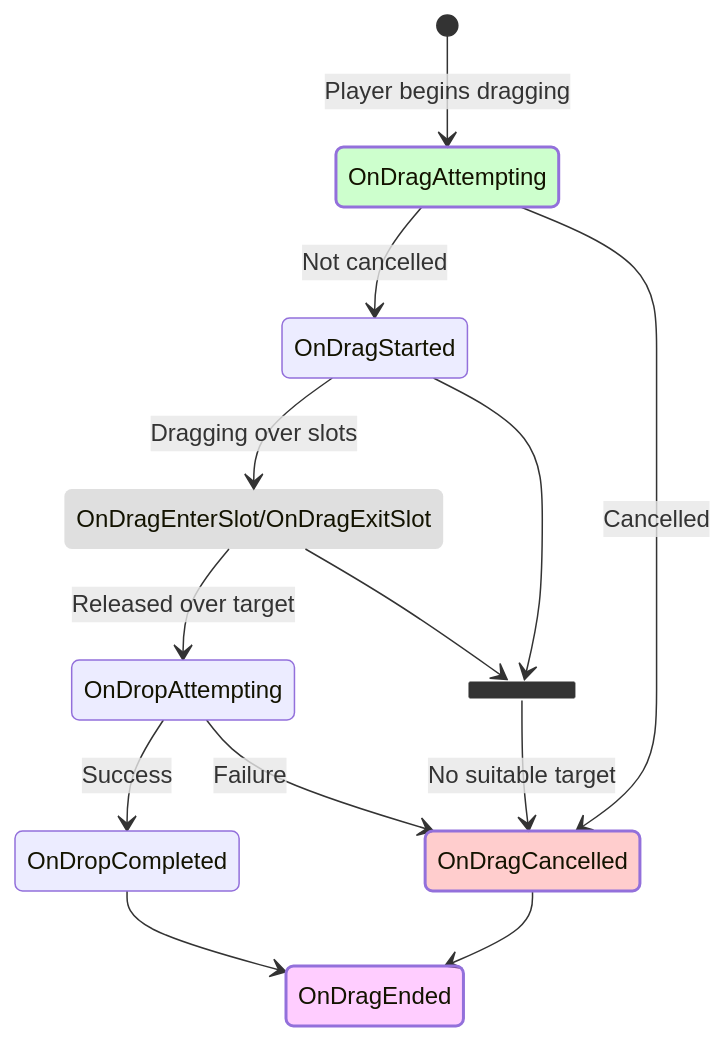
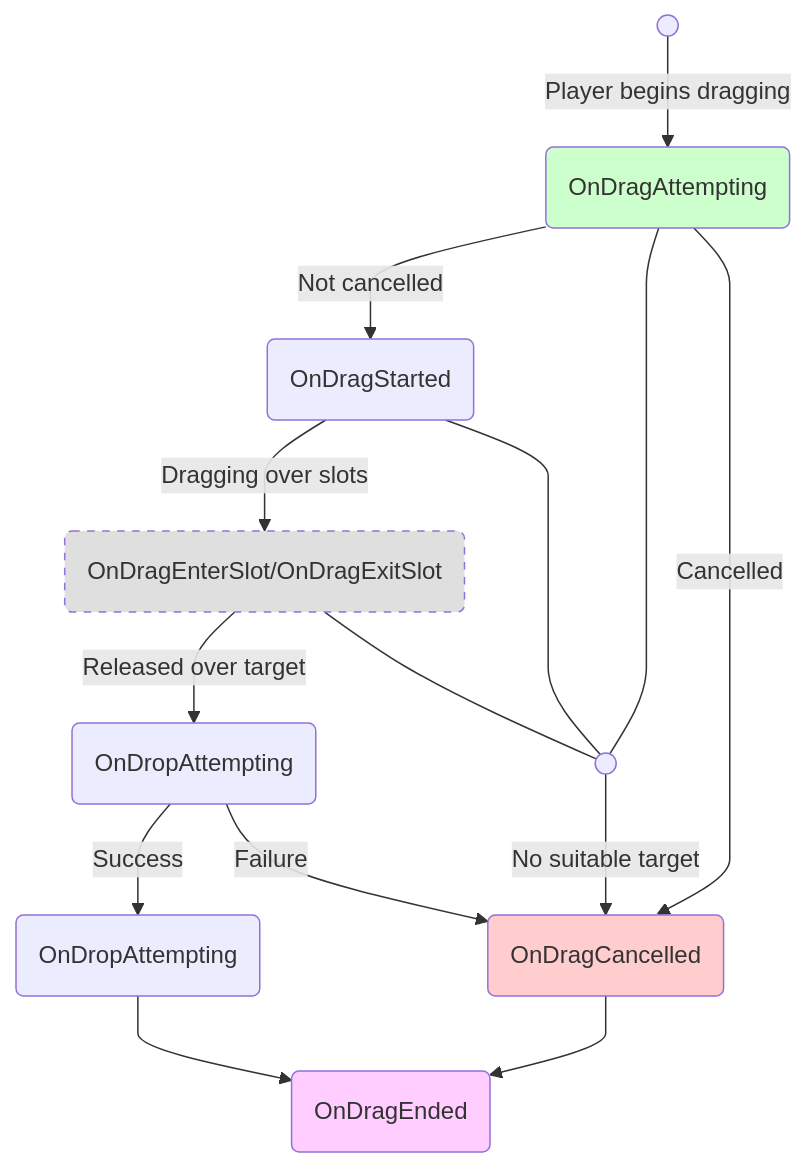
Before and after one commit to SergeevSergey99/DragAndDropSystem-Docs: the first of 2 diagrams in .docs/content/reference/events.en.md, drawn with Mermaid. The commit also changed 1 other file, not shown here.

Commit message:
Еще фикс графа

````diff
--- a/.docs/content/reference/events.en.md
+++ b/.docs/content/reference/events.en.md
@@ -9,31 +9,35 @@
 ```mermaid
-stateDiagram-v2
-    classDef dragEnded fill:#f4f4,stroke-width:2px
-    classDef dragCancelled fill:#f444,stroke-width:2px
-    classDef dragStarted fill:#4F44,stroke-width:2px
-    classDef dragOver fill:#8884,stroke-width:0px
-    
-    DragOver: OnDragEnterSlot/OnDragExitSlot
+---
+config:
+  flowchart:
+    curve: monotoneY 
+---
+flowchart TD
+    StartPoint@{ shape: sm-circ, label: "Start" }
+    NoTargetPoint@{ shape: sm-circ, label: "Start" }
+    OnDragAttempting@{ shape: rounded, label: "OnDragAttempting" }
+    style OnDragAttempting fill:#4F44
+    OnDragStarted@{ shape: rounded, label: "OnDragStarted" }
+    OnDragCancelled@{ shape: rounded, label: "OnDragCancelled" }
+    style OnDragCancelled fill:#f444
+    DragOver@{ shape: rounded, label: "OnDragEnterSlot/OnDragExitSlot" }
+    style DragOver fill:#8884, stroke-dasharray: 5 5
+    OnDropAttempting@{ shape: rounded, label: "OnDropAttempting" }
+    OnDropCompleted@{ shape: rounded, label: "OnDropAttempting" }
+    OnDragEnded@{ shape: rounded, label: "OnDragEnded" }
+    style OnDragEnded fill:#f4f4
 
-    state join_state <<join>>
-
-    [*] --> OnDragAttempting: Player begins dragging
-    OnDragAttempting --> OnDragStarted: Not cancelled
-    OnDragAttempting --> OnDragCancelled: Cancelled
-    OnDragStarted --> DragOver: Dragging over slots
-    DragOver --> OnDropAttempting: Released over target
-
-    DragOver --> join_state
-    OnDragStarted --> join_state
-    join_state --> OnDragCancelled: No suitable target
-
-    OnDropAttempting --> OnDropCompleted: Success
-    OnDropAttempting --> OnDragCancelled: Failure
+    StartPoint --> |Player begins dragging|OnDragAttempting
+    OnDragAttempting --> |Not cancelled| OnDragStarted
+    NoTargetPoint --> |No suitable target| OnDragCancelled
+    OnDragStarted --> |Dragging over slots| DragOver
+    DragOver --> |Released over target| OnDropAttempting
+    OnDragAttempting --- NoTargetPoint
+    OnDragStarted --- NoTargetPoint
+    DragOver --- NoTargetPoint
+    OnDragAttempting --> |Cancelled| OnDragCancelled
+    OnDropAttempting --> |Success| OnDropCompleted
+    OnDropAttempting --> |Failure| OnDragCancelled
     OnDropCompleted --> OnDragEnded
-    OnDragCancelled --> OnDragEnded
-
-   class DragOver dragOver
-   class OnDragAttempting dragStarted
-   class OnDragCancelled dragCancelled
-   class OnDragEnded dragEnded
+    OnDragCancelled --> OnDragEnded    
 ```
````
